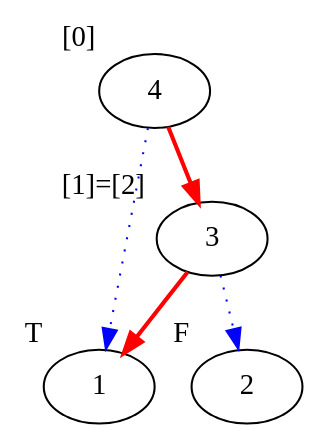
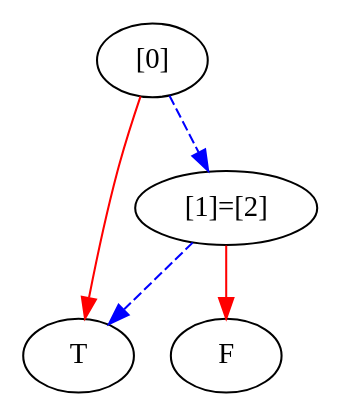
The diagram in boxedBDD1.dot (mburyakov/minxmod), drawn with Graphviz before and after one commit. The commit also changed 12 other files, not shown here.

Commit message:
Diagrams

```diff
--- a/boxedBDD1.dot
+++ b/boxedBDD1.dot
@@ -1,12 +1,12 @@
 digraph {
-    1 [xlabel=T];
-    2 [xlabel=F];
-    3 [xlabel="[1]=[2]"];
-    4 [xlabel="[0]"];
-    3 -> 1 [style=bold,color=red];
-    3 -> 2 [style=dotted
+    1 [label=T];
+    2 [label=F];
+    3 [label="[1]=[2]"];
+    4 [label="[0]"];
+    3 -> 1 [style=dashed
            ,color=blue];
-    4 -> 3 [style=bold,color=red];
-    4 -> 1 [style=dotted
+    3 -> 2 [color=red];
+    4 -> 3 [style=dashed
            ,color=blue];
+    4 -> 1 [color=red];
 }
```
